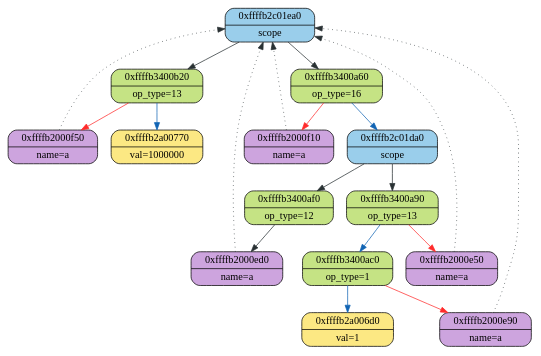
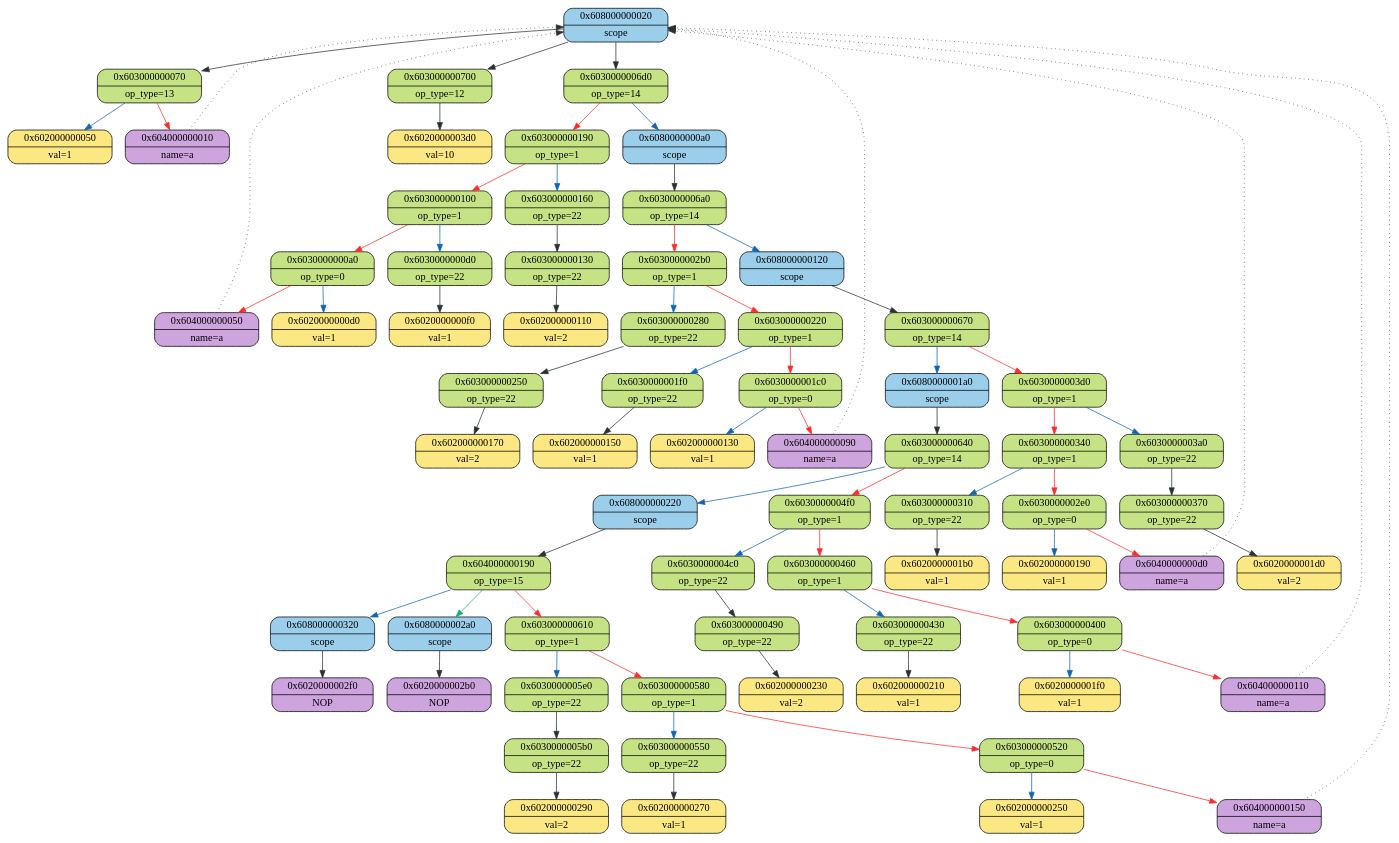
The diagram in ast/logs/log_graphviz.dot (2APetrin/ParaCL), drawn with Graphviz before and after one commit. The commit also changed 19 other files, not shown here.

Commit message:
scope grammar fix, new node for ; new tests

```diff
--- a/ast/logs/log_graphviz.dot
+++ b/ast/logs/log_graphviz.dot
@@ -1,35 +1,146 @@
 digraph
 {
-    node_0xffffb2c01ea0[shape = Mrecord, label = "{{0xffffb2c01ea0} | {scope}}", style = "filled", fillcolor = "#9ACEEB"];
-    node_0xffffb3400b20[shape = Mrecord, label = "{{0xffffb3400b20} | {op_type=13}}", style = "filled", fillcolor = "#C5E384"];
-    node_0xffffb2000f50[shape = Mrecord, label = "{{0xffffb2000f50} | {name=a}}", style = "filled", fillcolor = "#CDA4DE"];
-    node_0xffffb2000f50->node_0xffffb2c01ea0 [ style = "dotted", color = "#293133"];
-    node_0xffffb2a00770[shape = Mrecord, label = "{{0xffffb2a00770} | {val=1000000}}", style = "filled", fillcolor = "#FCE883"];
-    node_0xffffb3400b20->node_0xffffb2000f50 [color = "#FF2B2B"];
-    node_0xffffb3400b20->node_0xffffb2a00770 [color = "#1164B4"];
-    node_0xffffb2c01ea0->node_0xffffb3400b20 [color = "#293133"];
-    node_0xffffb3400a60[shape = Mrecord, label = "{{0xffffb3400a60} | {op_type=16}}", style = "filled", fillcolor = "#C5E384"];
-    node_0xffffb2000f10[shape = Mrecord, label = "{{0xffffb2000f10} | {name=a}}", style = "filled", fillcolor = "#CDA4DE"];
-    node_0xffffb2000f10->node_0xffffb2c01ea0 [ style = "dotted", color = "#293133"];
-    node_0xffffb2c01da0[shape = Mrecord, label = "{{0xffffb2c01da0} | {scope}}", style = "filled", fillcolor = "#9ACEEB"];
-    node_0xffffb3400af0[shape = Mrecord, label = "{{0xffffb3400af0} | {op_type=12}}", style = "filled", fillcolor = "#C5E384"];
-    node_0xffffb2000ed0[shape = Mrecord, label = "{{0xffffb2000ed0} | {name=a}}", style = "filled", fillcolor = "#CDA4DE"];
-    node_0xffffb2000ed0->node_0xffffb2c01ea0 [ style = "dotted", color = "#293133"];
-    node_0xffffb3400af0->node_0xffffb2000ed0 [color = "#293133"];
-    node_0xffffb2c01da0->node_0xffffb3400af0 [color = "#293133"];
-    node_0xffffb3400a90[shape = Mrecord, label = "{{0xffffb3400a90} | {op_type=13}}", style = "filled", fillcolor = "#C5E384"];
-    node_0xffffb2000e50[shape = Mrecord, label = "{{0xffffb2000e50} | {name=a}}", style = "filled", fillcolor = "#CDA4DE"];
-    node_0xffffb2000e50->node_0xffffb2c01ea0 [ style = "dotted", color = "#293133"];
-    node_0xffffb3400ac0[shape = Mrecord, label = "{{0xffffb3400ac0} | {op_type=1}}", style = "filled", fillcolor = "#C5E384"];
-    node_0xffffb2000e90[shape = Mrecord, label = "{{0xffffb2000e90} | {name=a}}", style = "filled", fillcolor = "#CDA4DE"];
-    node_0xffffb2000e90->node_0xffffb2c01ea0 [ style = "dotted", color = "#293133"];
-    node_0xffffb2a006d0[shape = Mrecord, label = "{{0xffffb2a006d0} | {val=1}}", style = "filled", fillcolor = "#FCE883"];
-    node_0xffffb3400ac0->node_0xffffb2000e90 [color = "#FF2B2B"];
-    node_0xffffb3400ac0->node_0xffffb2a006d0 [color = "#1164B4"];
-    node_0xffffb3400a90->node_0xffffb2000e50 [color = "#FF2B2B"];
-    node_0xffffb3400a90->node_0xffffb3400ac0 [color = "#1164B4"];
-    node_0xffffb2c01da0->node_0xffffb3400a90 [color = "#293133"];
-    node_0xffffb3400a60->node_0xffffb2000f10 [color = "#FF2B2B"];
-    node_0xffffb3400a60->node_0xffffb2c01da0 [color = "#1164B4"];
-    node_0xffffb2c01ea0->node_0xffffb3400a60 [color = "#293133"];
+    node_0x608000000020[shape = Mrecord, label = "{{0x608000000020} | {scope}}", style = "filled", fillcolor = "#9ACEEB"];
+    node_0x603000000070[shape = Mrecord, label = "{{0x603000000070} | {op_type=13}}", style = "filled", fillcolor = "#C5E384"];
+    node_0x604000000010[shape = Mrecord, label = "{{0x604000000010} | {name=a}}", style = "filled", fillcolor = "#CDA4DE"];
+    node_0x604000000010->node_0x608000000020 [ style = "dotted", color = "#293133"];
+    node_0x602000000050[shape = Mrecord, label = "{{0x602000000050} | {val=1}}", style = "filled", fillcolor = "#FCE883"];
+    node_0x603000000070->node_0x604000000010 [color = "#FF2B2B"];
+    node_0x603000000070->node_0x602000000050 [color = "#1164B4"];
+    node_0x608000000020->node_0x603000000070 [color = "#293133"];
+    node_0x6030000006d0[shape = Mrecord, label = "{{0x6030000006d0} | {op_type=14}}", style = "filled", fillcolor = "#C5E384"];
+    node_0x603000000190[shape = Mrecord, label = "{{0x603000000190} | {op_type=1}}", style = "filled", fillcolor = "#C5E384"];
+    node_0x603000000100[shape = Mrecord, label = "{{0x603000000100} | {op_type=1}}", style = "filled", fillcolor = "#C5E384"];
+    node_0x6030000000a0[shape = Mrecord, label = "{{0x6030000000a0} | {op_type=0}}", style = "filled", fillcolor = "#C5E384"];
+    node_0x604000000050[shape = Mrecord, label = "{{0x604000000050} | {name=a}}", style = "filled", fillcolor = "#CDA4DE"];
+    node_0x604000000050->node_0x608000000020 [ style = "dotted", color = "#293133"];
+    node_0x6020000000d0[shape = Mrecord, label = "{{0x6020000000d0} | {val=1}}", style = "filled", fillcolor = "#FCE883"];
+    node_0x6030000000a0->node_0x604000000050 [color = "#FF2B2B"];
+    node_0x6030000000a0->node_0x6020000000d0 [color = "#1164B4"];
+    node_0x6030000000d0[shape = Mrecord, label = "{{0x6030000000d0} | {op_type=22}}", style = "filled", fillcolor = "#C5E384"];
+    node_0x6020000000f0[shape = Mrecord, label = "{{0x6020000000f0} | {val=1}}", style = "filled", fillcolor = "#FCE883"];
+    node_0x6030000000d0->node_0x6020000000f0 [color = "#293133"];
+    node_0x603000000100->node_0x6030000000a0 [color = "#FF2B2B"];
+    node_0x603000000100->node_0x6030000000d0 [color = "#1164B4"];
+    node_0x603000000160[shape = Mrecord, label = "{{0x603000000160} | {op_type=22}}", style = "filled", fillcolor = "#C5E384"];
+    node_0x603000000130[shape = Mrecord, label = "{{0x603000000130} | {op_type=22}}", style = "filled", fillcolor = "#C5E384"];
+    node_0x602000000110[shape = Mrecord, label = "{{0x602000000110} | {val=2}}", style = "filled", fillcolor = "#FCE883"];
+    node_0x603000000130->node_0x602000000110 [color = "#293133"];
+    node_0x603000000160->node_0x603000000130 [color = "#293133"];
+    node_0x603000000190->node_0x603000000100 [color = "#FF2B2B"];
+    node_0x603000000190->node_0x603000000160 [color = "#1164B4"];
+    node_0x6080000000a0[shape = Mrecord, label = "{{0x6080000000a0} | {scope}}", style = "filled", fillcolor = "#9ACEEB"];
+    node_0x6030000006a0[shape = Mrecord, label = "{{0x6030000006a0} | {op_type=14}}", style = "filled", fillcolor = "#C5E384"];
+    node_0x6030000002b0[shape = Mrecord, label = "{{0x6030000002b0} | {op_type=1}}", style = "filled", fillcolor = "#C5E384"];
+    node_0x603000000220[shape = Mrecord, label = "{{0x603000000220} | {op_type=1}}", style = "filled", fillcolor = "#C5E384"];
+    node_0x6030000001c0[shape = Mrecord, label = "{{0x6030000001c0} | {op_type=0}}", style = "filled", fillcolor = "#C5E384"];
+    node_0x604000000090[shape = Mrecord, label = "{{0x604000000090} | {name=a}}", style = "filled", fillcolor = "#CDA4DE"];
+    node_0x604000000090->node_0x608000000020 [ style = "dotted", color = "#293133"];
+    node_0x602000000130[shape = Mrecord, label = "{{0x602000000130} | {val=1}}", style = "filled", fillcolor = "#FCE883"];
+    node_0x6030000001c0->node_0x604000000090 [color = "#FF2B2B"];
+    node_0x6030000001c0->node_0x602000000130 [color = "#1164B4"];
+    node_0x6030000001f0[shape = Mrecord, label = "{{0x6030000001f0} | {op_type=22}}", style = "filled", fillcolor = "#C5E384"];
+    node_0x602000000150[shape = Mrecord, label = "{{0x602000000150} | {val=1}}", style = "filled", fillcolor = "#FCE883"];
+    node_0x6030000001f0->node_0x602000000150 [color = "#293133"];
+    node_0x603000000220->node_0x6030000001c0 [color = "#FF2B2B"];
+    node_0x603000000220->node_0x6030000001f0 [color = "#1164B4"];
+    node_0x603000000280[shape = Mrecord, label = "{{0x603000000280} | {op_type=22}}", style = "filled", fillcolor = "#C5E384"];
+    node_0x603000000250[shape = Mrecord, label = "{{0x603000000250} | {op_type=22}}", style = "filled", fillcolor = "#C5E384"];
+    node_0x602000000170[shape = Mrecord, label = "{{0x602000000170} | {val=2}}", style = "filled", fillcolor = "#FCE883"];
+    node_0x603000000250->node_0x602000000170 [color = "#293133"];
+    node_0x603000000280->node_0x603000000250 [color = "#293133"];
+    node_0x6030000002b0->node_0x603000000220 [color = "#FF2B2B"];
+    node_0x6030000002b0->node_0x603000000280 [color = "#1164B4"];
+    node_0x608000000120[shape = Mrecord, label = "{{0x608000000120} | {scope}}", style = "filled", fillcolor = "#9ACEEB"];
+    node_0x603000000670[shape = Mrecord, label = "{{0x603000000670} | {op_type=14}}", style = "filled", fillcolor = "#C5E384"];
+    node_0x6030000003d0[shape = Mrecord, label = "{{0x6030000003d0} | {op_type=1}}", style = "filled", fillcolor = "#C5E384"];
+    node_0x603000000340[shape = Mrecord, label = "{{0x603000000340} | {op_type=1}}", style = "filled", fillcolor = "#C5E384"];
+    node_0x6030000002e0[shape = Mrecord, label = "{{0x6030000002e0} | {op_type=0}}", style = "filled", fillcolor = "#C5E384"];
+    node_0x6040000000d0[shape = Mrecord, label = "{{0x6040000000d0} | {name=a}}", style = "filled", fillcolor = "#CDA4DE"];
+    node_0x6040000000d0->node_0x608000000020 [ style = "dotted", color = "#293133"];
+    node_0x602000000190[shape = Mrecord, label = "{{0x602000000190} | {val=1}}", style = "filled", fillcolor = "#FCE883"];
+    node_0x6030000002e0->node_0x6040000000d0 [color = "#FF2B2B"];
+    node_0x6030000002e0->node_0x602000000190 [color = "#1164B4"];
+    node_0x603000000310[shape = Mrecord, label = "{{0x603000000310} | {op_type=22}}", style = "filled", fillcolor = "#C5E384"];
+    node_0x6020000001b0[shape = Mrecord, label = "{{0x6020000001b0} | {val=1}}", style = "filled", fillcolor = "#FCE883"];
+    node_0x603000000310->node_0x6020000001b0 [color = "#293133"];
+    node_0x603000000340->node_0x6030000002e0 [color = "#FF2B2B"];
+    node_0x603000000340->node_0x603000000310 [color = "#1164B4"];
+    node_0x6030000003a0[shape = Mrecord, label = "{{0x6030000003a0} | {op_type=22}}", style = "filled", fillcolor = "#C5E384"];
+    node_0x603000000370[shape = Mrecord, label = "{{0x603000000370} | {op_type=22}}", style = "filled", fillcolor = "#C5E384"];
+    node_0x6020000001d0[shape = Mrecord, label = "{{0x6020000001d0} | {val=2}}", style = "filled", fillcolor = "#FCE883"];
+    node_0x603000000370->node_0x6020000001d0 [color = "#293133"];
+    node_0x6030000003a0->node_0x603000000370 [color = "#293133"];
+    node_0x6030000003d0->node_0x603000000340 [color = "#FF2B2B"];
+    node_0x6030000003d0->node_0x6030000003a0 [color = "#1164B4"];
+    node_0x6080000001a0[shape = Mrecord, label = "{{0x6080000001a0} | {scope}}", style = "filled", fillcolor = "#9ACEEB"];
+    node_0x603000000640[shape = Mrecord, label = "{{0x603000000640} | {op_type=14}}", style = "filled", fillcolor = "#C5E384"];
+    node_0x6030000004f0[shape = Mrecord, label = "{{0x6030000004f0} | {op_type=1}}", style = "filled", fillcolor = "#C5E384"];
+    node_0x603000000460[shape = Mrecord, label = "{{0x603000000460} | {op_type=1}}", style = "filled", fillcolor = "#C5E384"];
+    node_0x603000000400[shape = Mrecord, label = "{{0x603000000400} | {op_type=0}}", style = "filled", fillcolor = "#C5E384"];
+    node_0x604000000110[shape = Mrecord, label = "{{0x604000000110} | {name=a}}", style = "filled", fillcolor = "#CDA4DE"];
+    node_0x604000000110->node_0x608000000020 [ style = "dotted", color = "#293133"];
+    node_0x6020000001f0[shape = Mrecord, label = "{{0x6020000001f0} | {val=1}}", style = "filled", fillcolor = "#FCE883"];
+    node_0x603000000400->node_0x604000000110 [color = "#FF2B2B"];
+    node_0x603000000400->node_0x6020000001f0 [color = "#1164B4"];
+    node_0x603000000430[shape = Mrecord, label = "{{0x603000000430} | {op_type=22}}", style = "filled", fillcolor = "#C5E384"];
+    node_0x602000000210[shape = Mrecord, label = "{{0x602000000210} | {val=1}}", style = "filled", fillcolor = "#FCE883"];
+    node_0x603000000430->node_0x602000000210 [color = "#293133"];
+    node_0x603000000460->node_0x603000000400 [color = "#FF2B2B"];
+    node_0x603000000460->node_0x603000000430 [color = "#1164B4"];
+    node_0x6030000004c0[shape = Mrecord, label = "{{0x6030000004c0} | {op_type=22}}", style = "filled", fillcolor = "#C5E384"];
+    node_0x603000000490[shape = Mrecord, label = "{{0x603000000490} | {op_type=22}}", style = "filled", fillcolor = "#C5E384"];
+    node_0x602000000230[shape = Mrecord, label = "{{0x602000000230} | {val=2}}", style = "filled", fillcolor = "#FCE883"];
+    node_0x603000000490->node_0x602000000230 [color = "#293133"];
+    node_0x6030000004c0->node_0x603000000490 [color = "#293133"];
+    node_0x6030000004f0->node_0x603000000460 [color = "#FF2B2B"];
+    node_0x6030000004f0->node_0x6030000004c0 [color = "#1164B4"];
+    node_0x608000000220[shape = Mrecord, label = "{{0x608000000220} | {scope}}", style = "filled", fillcolor = "#9ACEEB"];
+    node_0x604000000190[shape = Mrecord, label = "{{0x604000000190} | {op_type=15}}", style = "filled", fillcolor = "#C5E384"];
+    node_0x603000000610[shape = Mrecord, label = "{{0x603000000610} | {op_type=1}}", style = "filled", fillcolor = "#C5E384"];
+    node_0x603000000580[shape = Mrecord, label = "{{0x603000000580} | {op_type=1}}", style = "filled", fillcolor = "#C5E384"];
+    node_0x603000000520[shape = Mrecord, label = "{{0x603000000520} | {op_type=0}}", style = "filled", fillcolor = "#C5E384"];
+    node_0x604000000150[shape = Mrecord, label = "{{0x604000000150} | {name=a}}", style = "filled", fillcolor = "#CDA4DE"];
+    node_0x604000000150->node_0x608000000020 [ style = "dotted", color = "#293133"];
+    node_0x602000000250[shape = Mrecord, label = "{{0x602000000250} | {val=1}}", style = "filled", fillcolor = "#FCE883"];
+    node_0x603000000520->node_0x604000000150 [color = "#FF2B2B"];
+    node_0x603000000520->node_0x602000000250 [color = "#1164B4"];
+    node_0x603000000550[shape = Mrecord, label = "{{0x603000000550} | {op_type=22}}", style = "filled", fillcolor = "#C5E384"];
+    node_0x602000000270[shape = Mrecord, label = "{{0x602000000270} | {val=1}}", style = "filled", fillcolor = "#FCE883"];
+    node_0x603000000550->node_0x602000000270 [color = "#293133"];
+    node_0x603000000580->node_0x603000000520 [color = "#FF2B2B"];
+    node_0x603000000580->node_0x603000000550 [color = "#1164B4"];
+    node_0x6030000005e0[shape = Mrecord, label = "{{0x6030000005e0} | {op_type=22}}", style = "filled", fillcolor = "#C5E384"];
+    node_0x6030000005b0[shape = Mrecord, label = "{{0x6030000005b0} | {op_type=22}}", style = "filled", fillcolor = "#C5E384"];
+    node_0x602000000290[shape = Mrecord, label = "{{0x602000000290} | {val=2}}", style = "filled", fillcolor = "#FCE883"];
+    node_0x6030000005b0->node_0x602000000290 [color = "#293133"];
+    node_0x6030000005e0->node_0x6030000005b0 [color = "#293133"];
+    node_0x603000000610->node_0x603000000580 [color = "#FF2B2B"];
+    node_0x603000000610->node_0x6030000005e0 [color = "#1164B4"];
+    node_0x6080000002a0[shape = Mrecord, label = "{{0x6080000002a0} | {scope}}", style = "filled", fillcolor = "#9ACEEB"];
+    node_0x6020000002b0[shape = Mrecord, label = "{{0x6020000002b0} | {NOP}}", style = "filled", fillcolor = "#CDA4DE"];
+    node_0x6080000002a0->node_0x6020000002b0 [color = "#293133"];
+    node_0x608000000320[shape = Mrecord, label = "{{0x608000000320} | {scope}}", style = "filled", fillcolor = "#9ACEEB"];
+    node_0x6020000002f0[shape = Mrecord, label = "{{0x6020000002f0} | {NOP}}", style = "filled", fillcolor = "#CDA4DE"];
+    node_0x608000000320->node_0x6020000002f0 [color = "#293133"];
+    node_0x604000000190->node_0x603000000610 [color = "#FF2B2B"];
+    node_0x604000000190->node_0x6080000002a0 [color = "#1CAC78"];
+    node_0x604000000190->node_0x608000000320 [color = "#1164B4"];
+    node_0x608000000220->node_0x604000000190 [color = "#293133"];
+    node_0x603000000640->node_0x6030000004f0 [color = "#FF2B2B"];
+    node_0x603000000640->node_0x608000000220 [color = "#1164B4"];
+    node_0x6080000001a0->node_0x603000000640 [color = "#293133"];
+    node_0x603000000670->node_0x6030000003d0 [color = "#FF2B2B"];
+    node_0x603000000670->node_0x6080000001a0 [color = "#1164B4"];
+    node_0x608000000120->node_0x603000000670 [color = "#293133"];
+    node_0x6030000006a0->node_0x6030000002b0 [color = "#FF2B2B"];
+    node_0x6030000006a0->node_0x608000000120 [color = "#1164B4"];
+    node_0x6080000000a0->node_0x6030000006a0 [color = "#293133"];
+    node_0x6030000006d0->node_0x603000000190 [color = "#FF2B2B"];
+    node_0x6030000006d0->node_0x6080000000a0 [color = "#1164B4"];
+    node_0x608000000020->node_0x6030000006d0 [color = "#293133"];
+    node_0x603000000700[shape = Mrecord, label = "{{0x603000000700} | {op_type=12}}", style = "filled", fillcolor = "#C5E384"];
+    node_0x6020000003d0[shape = Mrecord, label = "{{0x6020000003d0} | {val=10}}", style = "filled", fillcolor = "#FCE883"];
+    node_0x603000000700->node_0x6020000003d0 [color = "#293133"];
+    node_0x608000000020->node_0x603000000700 [color = "#293133"];
 }
```
